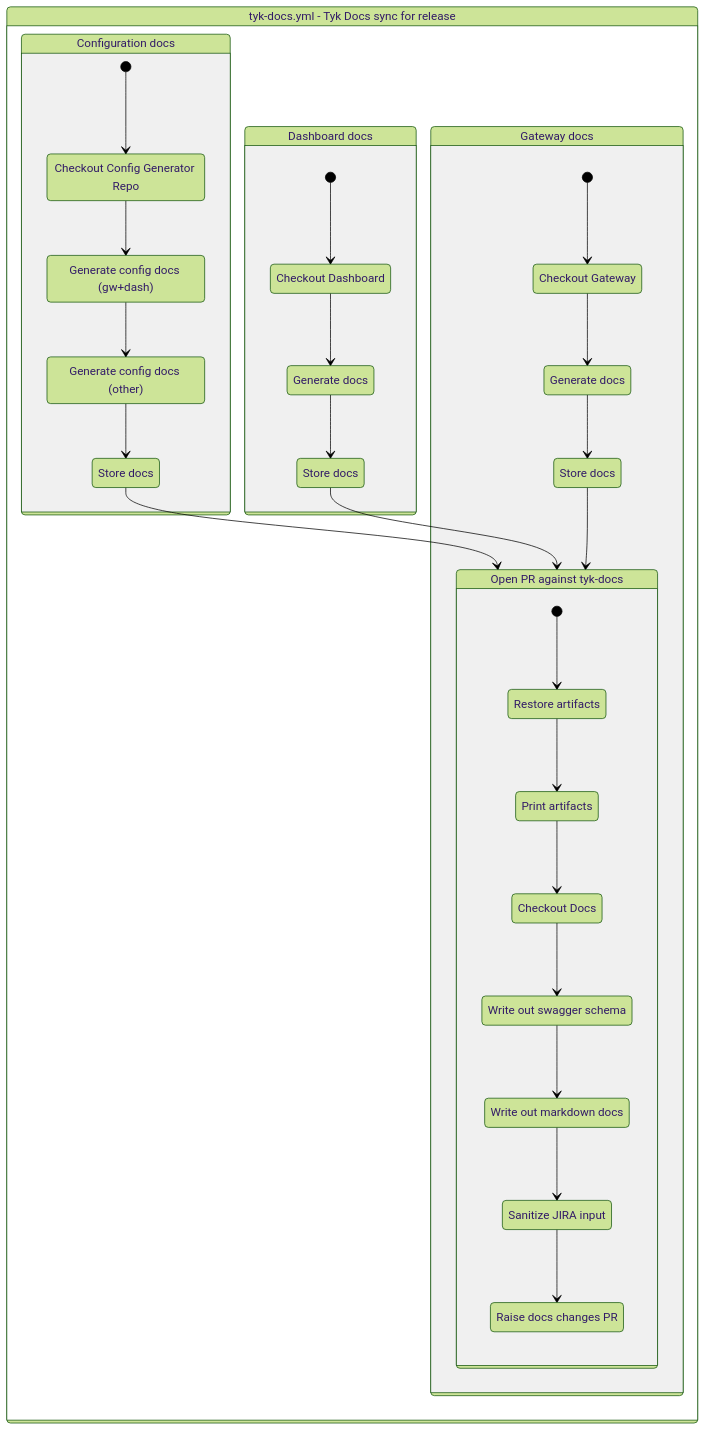
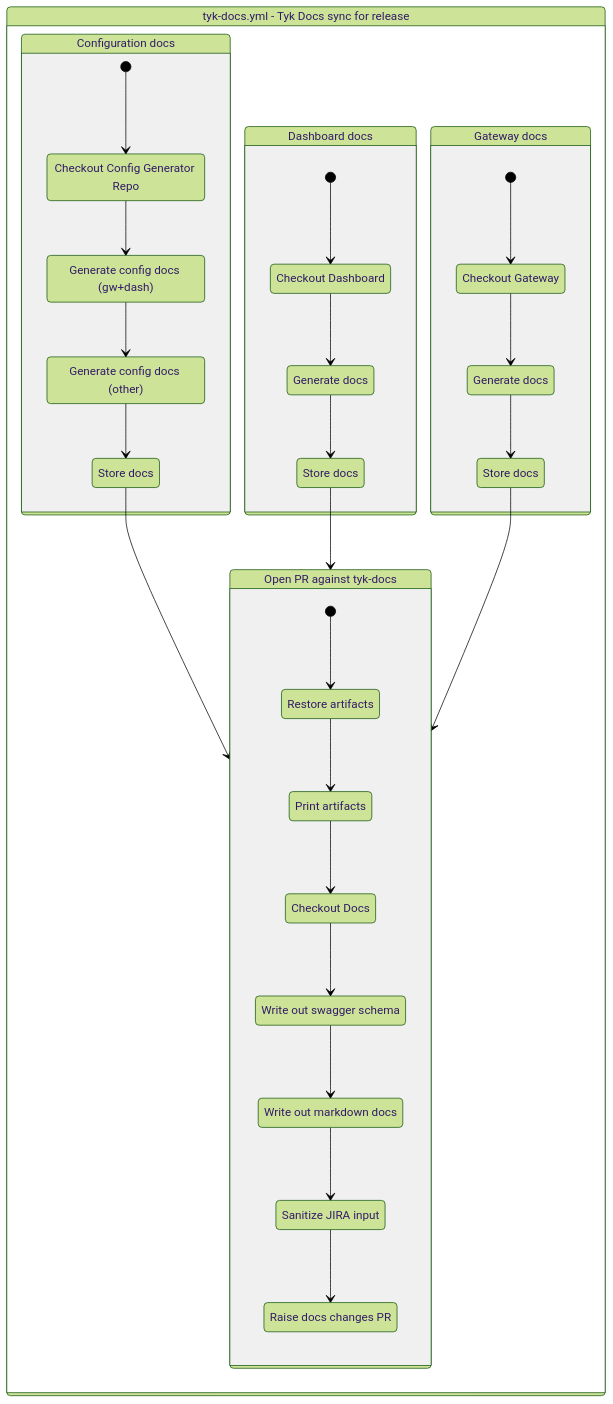
Before and after one commit to TykTechnologies/exp: the diagram in docs/github-actions/exp/tyk-docs.yml.md, drawn with Mermaid (forest theme). The commit also changed other lines of this file and 7 other files, not shown here.

````diff
--- a/docs/github-actions/exp/tyk-docs.yml.md
+++ b/docs/github-actions/exp/tyk-docs.yml.md
@@ -3,58 +3,58 @@
 ```mermaid
 stateDiagram-v2
     workflow : tyk-docs.yml - Tyk Docs sync for release
     state workflow {
         configs: Configuration docs
         state configs {
             [*] --> step0configs
             step0configs : Checkout Config Generator Repo
             step0configs --> step1configs
             step1configs : Generate config docs (gw+dash)
             step1configs --> step2configs
             step2configs : Generate config docs (other)
             step2configs --> step3configs
             step3configs : Store docs
             step3configs --> finish
         }
 
         dashboard: Dashboard docs
         state dashboard {
             [*] --> step0dashboard
             step0dashboard : Checkout Dashboard
             step0dashboard --> step1dashboard
             step1dashboard : Generate docs
             step1dashboard --> step2dashboard
             step2dashboard : Store docs
             step2dashboard --> finish
         }
 
+        gateway: Gateway docs
+        state gateway {
+            [*] --> step0gateway
+            step0gateway : Checkout Gateway
+            step0gateway --> step1gateway
+            step1gateway : Generate docs
+            step1gateway --> step2gateway
+            step2gateway : Store docs
+            step2gateway --> finish
+        }
+
         finish: Open PR against tyk-docs
         state finish {
             [*] --> step0finish
             step0finish : Restore artifacts
             step0finish --> step1finish
             step1finish : Print artifacts
             step1finish --> step2finish
             step2finish : Checkout Docs
             step2finish --> step3finish
             step3finish : Write out swagger schema
             step3finish --> step4finish
             step4finish : Write out markdown docs
             step4finish --> step5finish
             step5finish : Sanitize JIRA input
             step5finish --> step6finish
             step6finish : Raise docs changes PR
         }
-
-        gateway: Gateway docs
-        state gateway {
-            [*] --> step0gateway
-            step0gateway : Checkout Gateway
-            step0gateway --> step1gateway
-            step1gateway : Generate docs
-            step1gateway --> step2gateway
-            step2gateway : Store docs
-            step2gateway --> finish
-        }
     }
 ```
````
